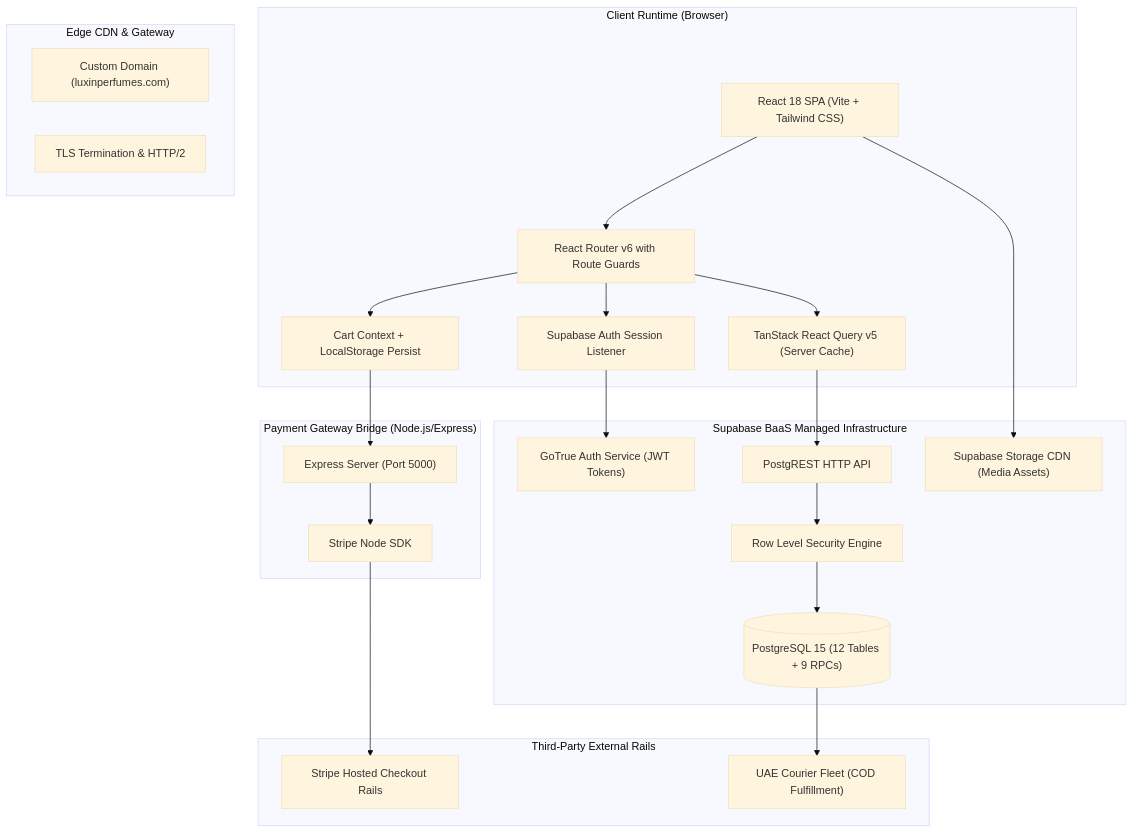
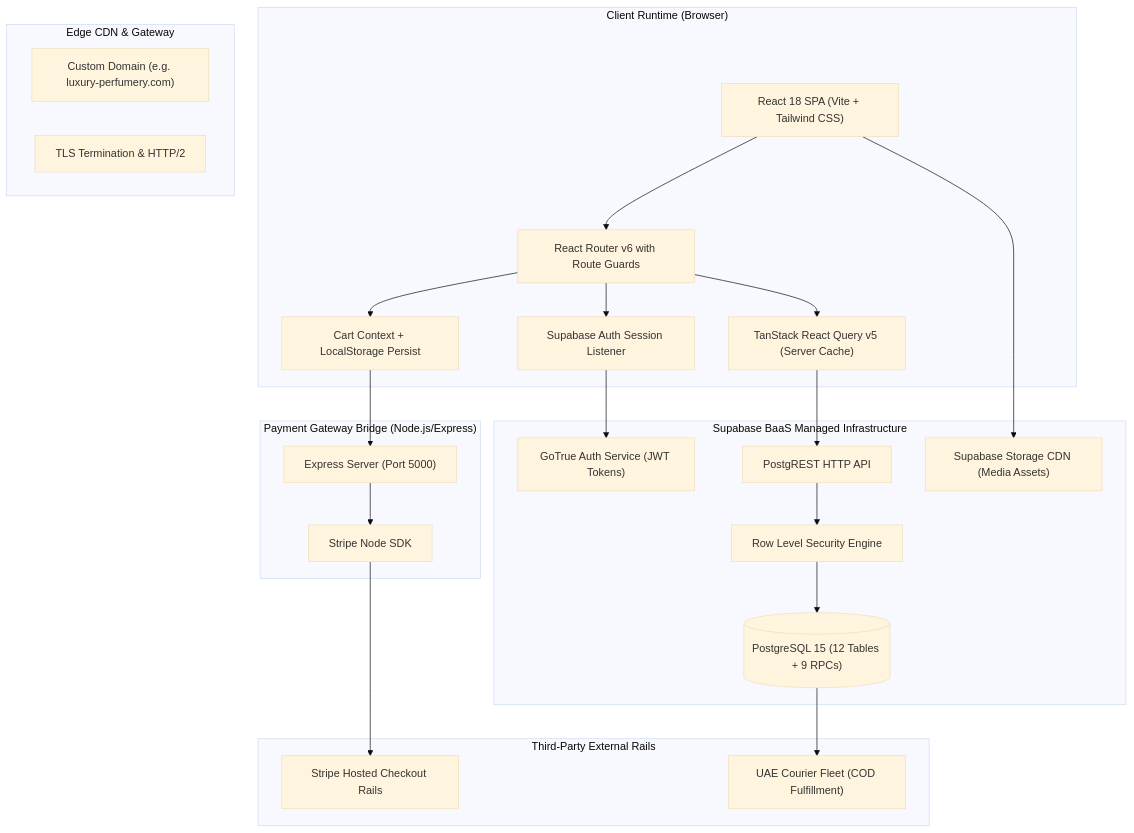
Before and after one commit to Nawaz393/perfumes-ecommerce-architecture: the diagram in docs/architecture.md, drawn with Mermaid (base theme). The commit also changed other lines of this file and 7 other files, not shown here.

````diff
--- a/docs/architecture.md
+++ b/docs/architecture.md
@@ -11,47 +11,47 @@
 ```mermaid
 flowchart TB
     subgraph Browser ["Client Runtime (Browser)"]
         UI["React 18 SPA (Vite + Tailwind CSS)"]
         Router["React Router v6 with Route Guards"]
         QueryClient["TanStack React Query v5 (Server Cache)"]
         CartStore["Cart Context + LocalStorage Persist"]
         AuthStore["Supabase Auth Session Listener"]
     end
 
     subgraph EdgeDelivery ["Edge CDN & Gateway"]
-        VHost["Custom Domain (luxinperfumes.com)"]
+        VHost["Custom Domain (e.g. luxury-perfumery.com)"]
         SSL["TLS Termination & HTTP/2"]
     end
 
     subgraph SupabaseCloud ["Supabase BaaS Managed Infrastructure"]
         GoTrue["GoTrue Auth Service (JWT Tokens)"]
         PostgREST["PostgREST HTTP API"]
         PG[("PostgreSQL 15 (12 Tables + 9 RPCs)")]
         RLS["Row Level Security Engine"]
         StorageBucket["Supabase Storage CDN (Media Assets)"]
     end
 
     subgraph APIBridge ["Payment Gateway Bridge (Node.js/Express)"]
         BridgeAPI["Express Server (Port 5000)"]
         StripeSDK["Stripe Node SDK"]
     end
 
     subgraph ThirdParty ["Third-Party External Rails"]
         StripeAPI["Stripe Hosted Checkout Rails"]
         Courier["UAE Courier Fleet (COD Fulfillment)"]
     end
 
     UI --> Router
     Router --> AuthStore
     Router --> QueryClient
     Router --> CartStore
     QueryClient --> PostgREST
     AuthStore --> GoTrue
     PostgREST --> RLS
     RLS --> PG
     UI --> StorageBucket
     CartStore --> BridgeAPI
     BridgeAPI --> StripeSDK
     StripeSDK --> StripeAPI
     PG --> Courier
 ```
````
